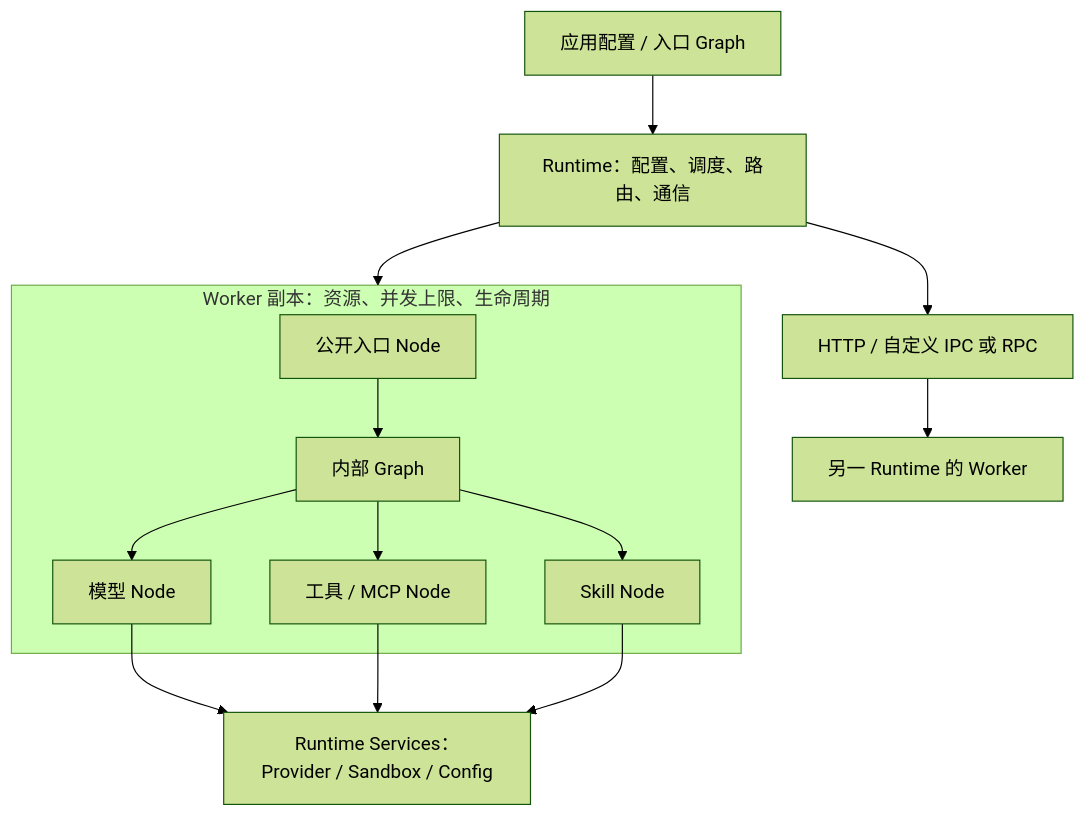
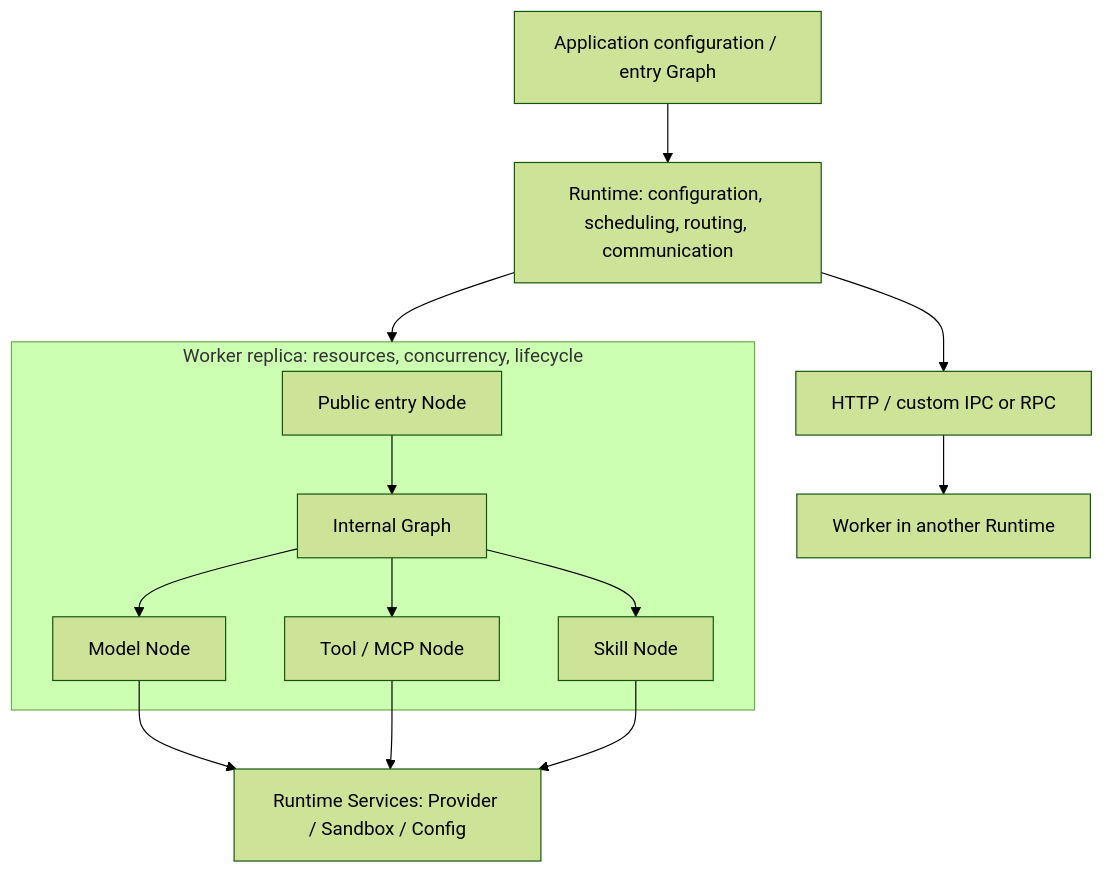
One commit to erwinmsmith/Ditto changed the diagram in docs/architecture.md. Above: the diagram before and after it, drawn with Mermaid (forest theme). The commit also changed other lines of this file and 14 other files, not shown here.

````diff
--- a/docs/architecture.md
+++ b/docs/architecture.md
@@ -7,16 +9,16 @@
 ```mermaid
 flowchart TB
-  App[应用配置 / 入口 Graph] --> Runtime[Runtime：配置、调度、路由、通信]
+  App[Application configuration / entry Graph] --> Runtime[Runtime: configuration, scheduling, routing, communication]
   Runtime --> A
-  Runtime --> Transport[HTTP / 自定义 IPC 或 RPC]
-  Transport --> B[另一 Runtime 的 Worker]
-  subgraph A[Worker 副本：资源、并发上限、生命周期]
-    Entry[公开入口 Node] --> G[内部 Graph]
-    G --> Think[模型 Node]
-    G --> Tool[工具 / MCP Node]
+  Runtime --> Transport[HTTP / custom IPC or RPC]
+  Transport --> B[Worker in another Runtime]
+  subgraph A[Worker replica: resources, concurrency, lifecycle]
+    Entry[Public entry Node] --> G[Internal Graph]
+    G --> Think[Model Node]
+    G --> Tool[Tool / MCP Node]
     G --> Skill[Skill Node]
   end
-  Think --> Services[Runtime Services：Provider / Sandbox / Config]
+  Think --> Services[Runtime Services: Provider / Sandbox / Config]
   Tool --> Services
   Skill --> Services
 ```
````
